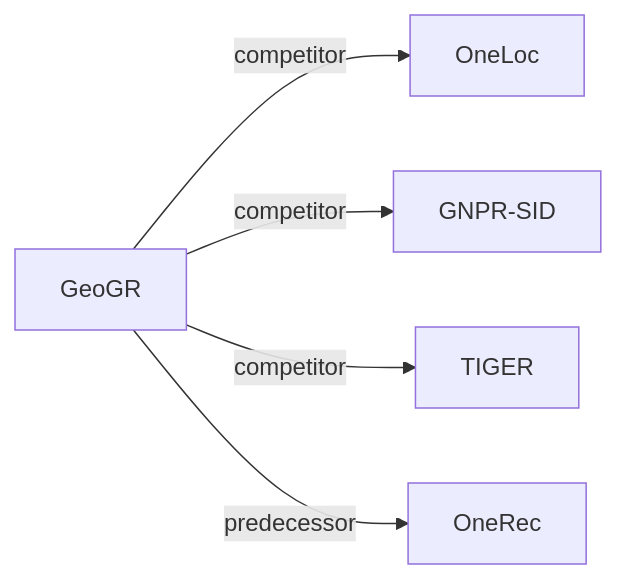
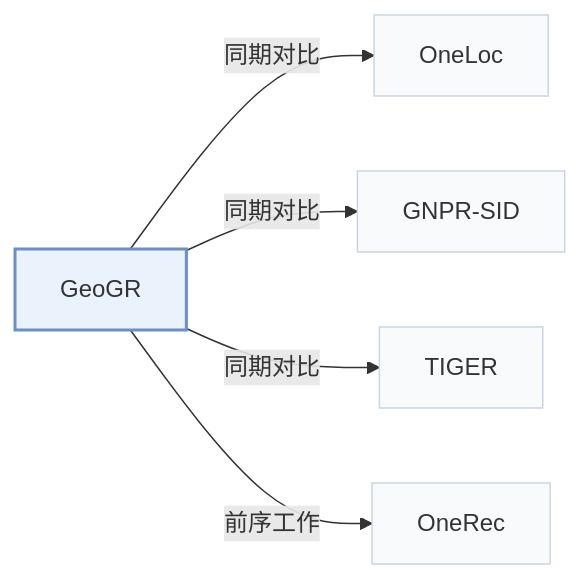
One commit to Galaxy-ghost/Awesome-SID-Generative-Rec changed the third of 3 diagrams in pages/zh/papers/geogr.md. Above: the diagram before and after it, drawn with Mermaid. The commit also changed other lines of this file and 649 other files, not shown here.

Commit message:
writer-05: also tags and modality index (schema, check, build, visuals); summary field removed; calibration data for 12 papers

````diff
--- a/pages/zh/papers/geogr.md
+++ b/pages/zh/papers/geogr.md
@@ -135,8 +140,12 @@
 ```mermaid
 flowchart LR
     P["GeoGR"]
-    P -->|competitor| A["OneLoc"]
-    P -->|competitor| B["GNPR-SID"]
-    P -->|competitor| C["TIGER"]
-    P -->|predecessor| D["OneRec"]
+    P -->|"同期对比"| A["OneLoc"]
+    P -->|"同期对比"| B["GNPR-SID"]
+    P -->|"同期对比"| C["TIGER"]
+    P -->|"前序工作"| D["OneRec"]
+    classDef main fill:#eaf2fb,stroke:#6b8fc7,stroke-width:2px
+    classDef peer fill:#f8fafc,stroke:#cbd5e1
+    class P main
+    class A,B,C,D peer
 ```
````
